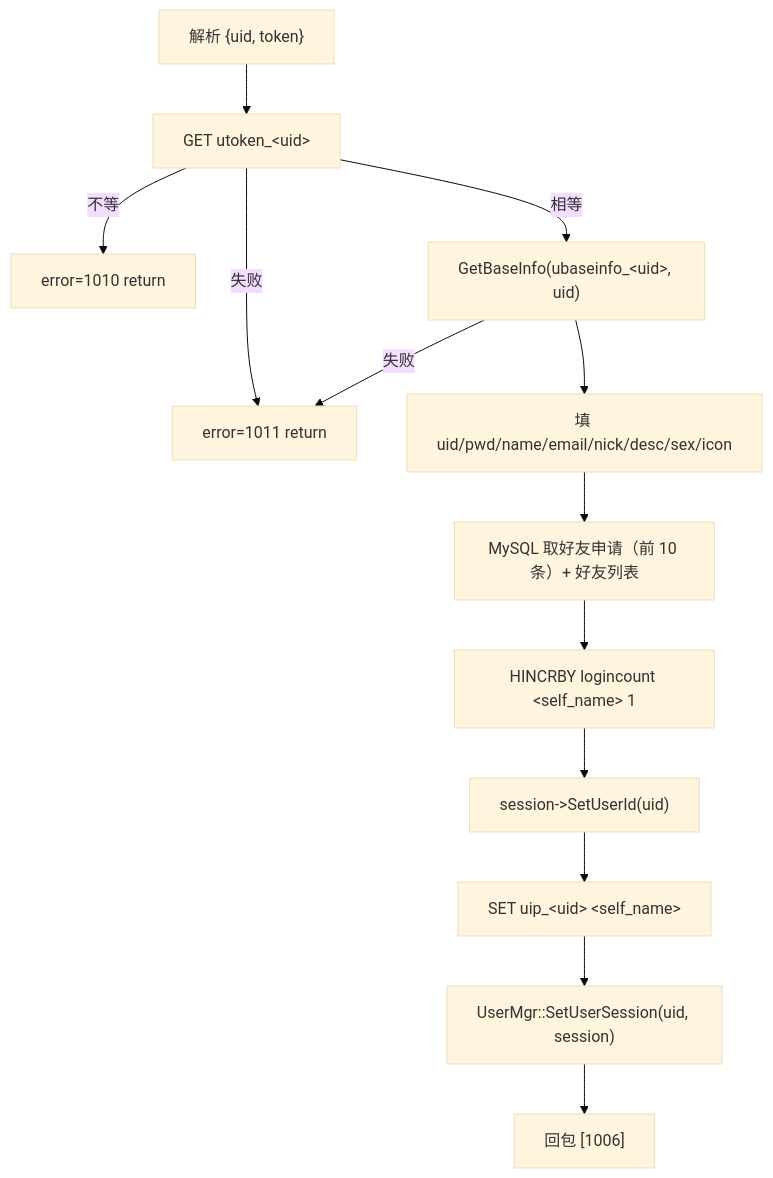
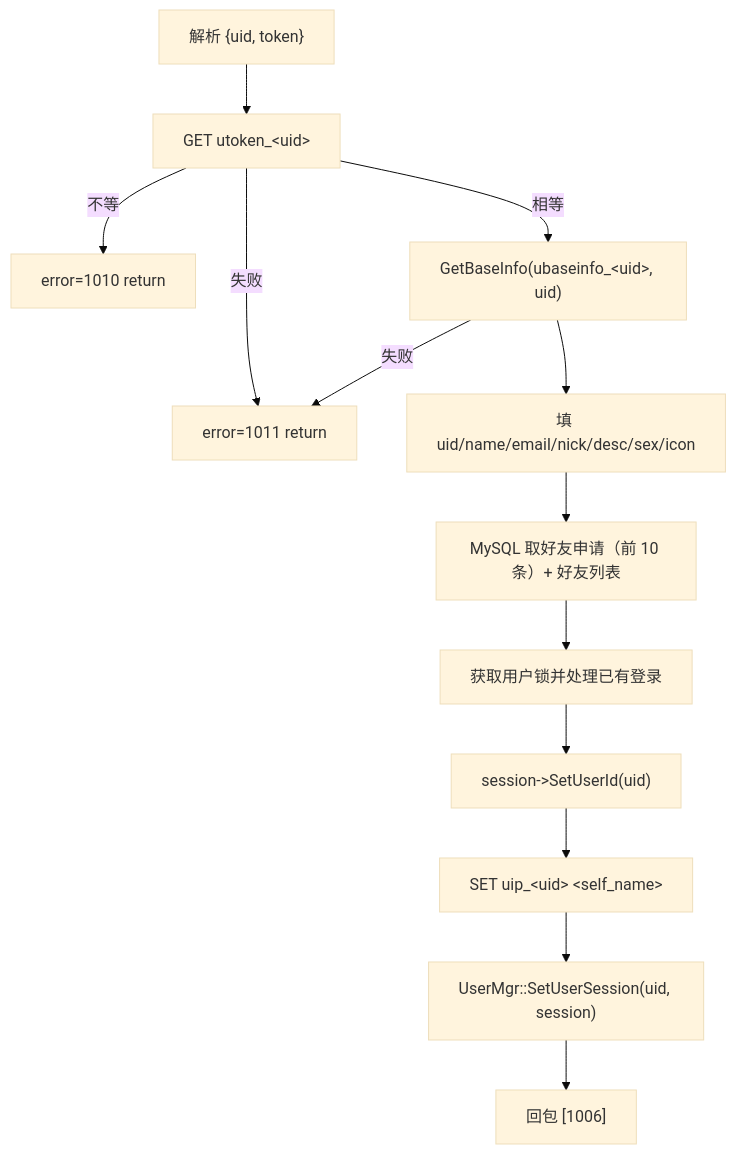
Before and after one commit to yrc920/xiguchat: the fourth of 5 diagrams in docs/09-chat-server.md, drawn with Mermaid (base theme). The commit also changed other lines of this file and 65 other files, not shown here.

````diff
--- a/docs/09-chat-server.md
+++ b/docs/09-chat-server.md
@@ -124,15 +128,15 @@
 ```mermaid
 flowchart TB
     A["解析 {uid, token}"] --> B["GET utoken_#lt;uid#gt;"]
     B -->|失败| E1["error=1011 return"]
     B -->|不等| E2["error=1010 return"]
     B -->|相等| C["GetBaseInfo(ubaseinfo_#lt;uid#gt;, uid)"]
     C -->|失败| E1
-    C --> D["填 uid/pwd/name/email/nick/desc/sex/icon"]
+    C --> D["填 uid/name/email/nick/desc/sex/icon"]
     D --> F["MySQL 取好友申请（前 10 条）+ 好友列表"]
-    F --> G["HINCRBY logincount #lt;self_name#gt; 1"]
+    F --> G["获取用户锁并处理已有登录"]
     G --> H["session->SetUserId(uid)"]
     H --> I["SET uip_#lt;uid#gt; #lt;self_name#gt;"]
     I --> J["UserMgr::SetUserSession(uid, session)"]
     J --> K["回包 [1006]"]
 ```
````
